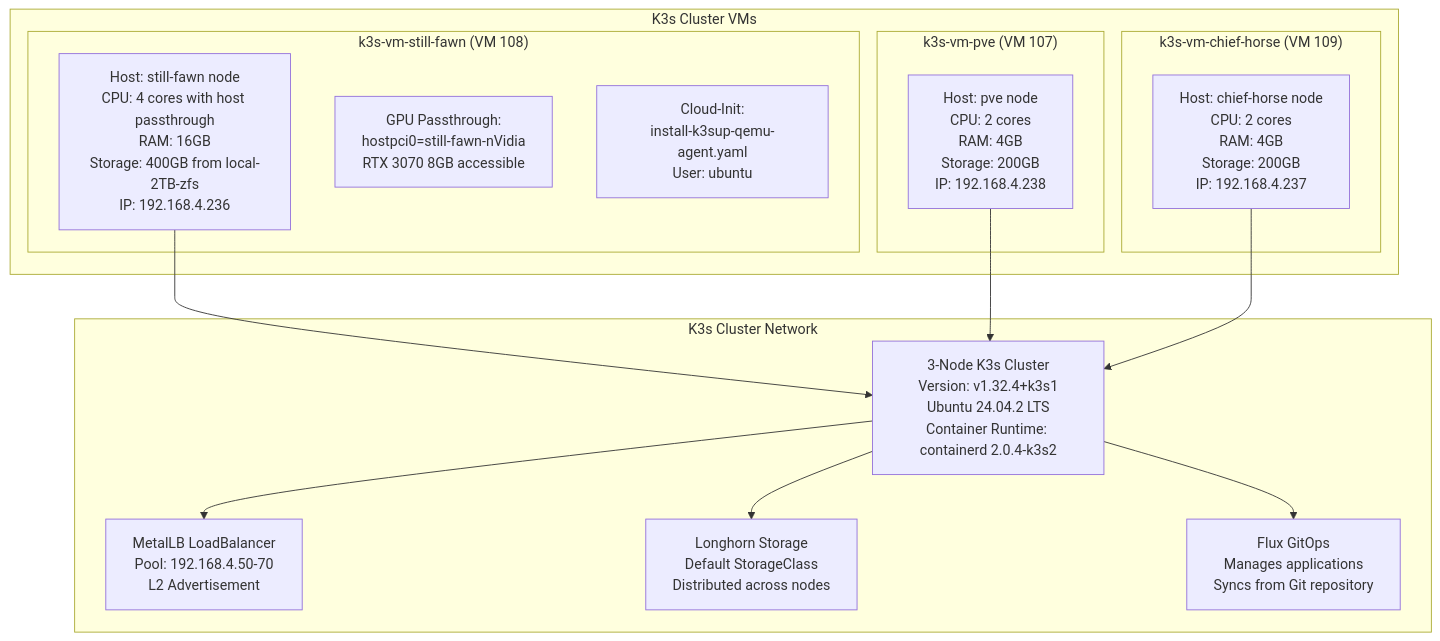
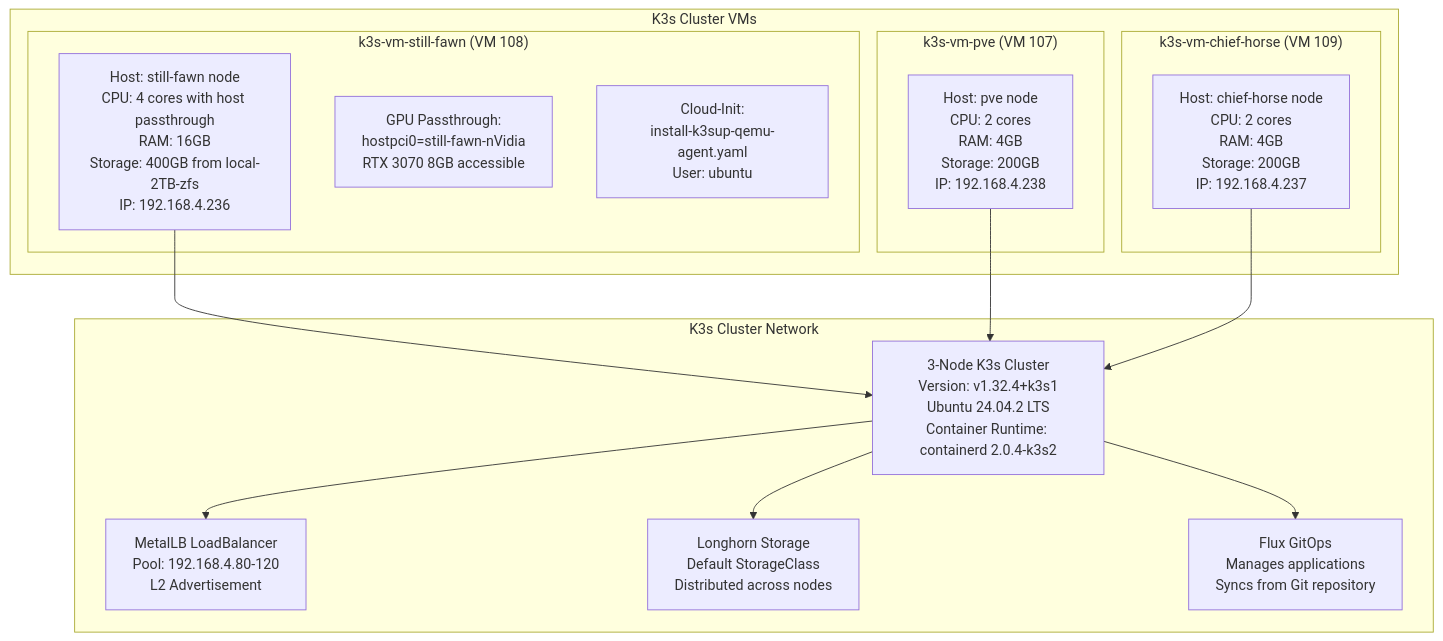
Before and after one commit to homeiac/home: the third of 5 diagrams in docs/source/md/proxmox-infrastructure-guide.md, drawn with Mermaid. The commit also changed other lines of this file and 2 other files, not shown here.

````diff
--- a/docs/source/md/proxmox-infrastructure-guide.md
+++ b/docs/source/md/proxmox-infrastructure-guide.md
@@ -128,30 +128,30 @@
 ```mermaid
 graph TB
     subgraph "K3s Cluster VMs"
         subgraph "k3s-vm-still-fawn (VM 108)"
             sf_vm[Host: still-fawn node<br/>CPU: 4 cores with host passthrough<br/>RAM: 16GB<br/>Storage: 400GB from local-2TB-zfs<br/>IP: 192.168.4.236]
             sf_gpu_pt[GPU Passthrough:<br/>hostpci0=still-fawn-nVidia<br/>RTX 3070 8GB accessible]
             sf_ci[Cloud-Init:<br/>install-k3sup-qemu-agent.yaml<br/>User: ubuntu]
         end
         
         subgraph "k3s-vm-pve (VM 107)"
             pve_vm[Host: pve node<br/>CPU: 2 cores<br/>RAM: 4GB<br/>Storage: 200GB<br/>IP: 192.168.4.238]
         end
         
         subgraph "k3s-vm-chief-horse (VM 109)"
             ch_vm[Host: chief-horse node<br/>CPU: 2 cores<br/>RAM: 4GB<br/>Storage: 200GB<br/>IP: 192.168.4.237]
         end
     end
     
     subgraph "K3s Cluster Network"
         k3s_cluster[3-Node K3s Cluster<br/>Version: v1.32.4+k3s1<br/>Ubuntu 24.04.2 LTS<br/>Container Runtime: containerd 2.0.4-k3s2]
         
         sf_vm --> k3s_cluster
         pve_vm --> k3s_cluster
         ch_vm --> k3s_cluster
         
-        k3s_cluster --> metallb[MetalLB LoadBalancer<br/>Pool: 192.168.4.50-70<br/>L2 Advertisement]
+        k3s_cluster --> metallb[MetalLB LoadBalancer<br/>Pool: 192.168.4.80-120<br/>L2 Advertisement]
         k3s_cluster --> longhorn[Longhorn Storage<br/>Default StorageClass<br/>Distributed across nodes]
         k3s_cluster --> flux[Flux GitOps<br/>Manages applications<br/>Syncs from Git repository]
     end
 ```
````
